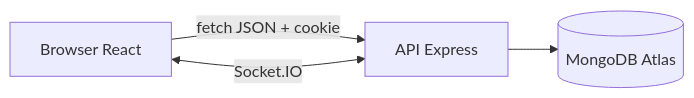
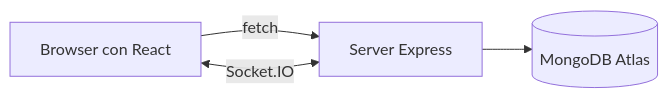
One commit to GiuseppePatruno/aulafix changed the first of 3 diagrams in docs/RELAZIONE.md. Above: the diagram before and after it, drawn with Mermaid. The commit also changed other lines of this file and 24 other files, not shown here.

````diff
--- a/docs/RELAZIONE.md
+++ b/docs/RELAZIONE.md
@@ -19,6 +21,6 @@
 ```mermaid
 flowchart LR
-    A[Browser React] -->|fetch JSON + cookie| B[API Express]
+    A[Browser con React] -->|fetch| B[Server Express]
     A <-->|Socket.IO| B
     B --> C[(MongoDB Atlas)]
 ```
````
